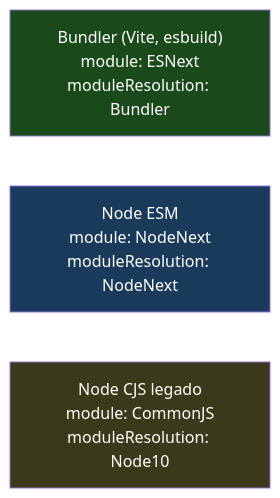
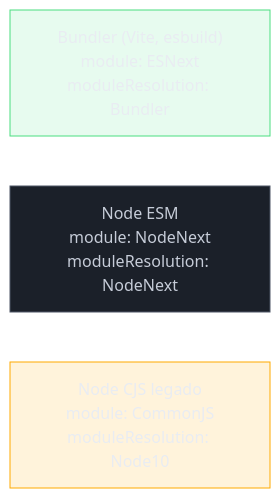
One commit to josenaldo/codex-technomanticus changed the fifth of 5 diagrams in 03-Dominios/Tecnologia/TypeScript/20 - tsconfig e strict mode a fundo.md. Above: the diagram before and after it, drawn with Mermaid. The commit also changed other lines of this file and 1181 other files, not shown here.

First line of the commit message:
fix(diagramas): paleta do sistema no lugar de cor cravada no markdown

````diff
--- a/03-Dominios/Tecnologia/TypeScript/20 - tsconfig e strict mode a fundo.md
+++ b/03-Dominios/Tecnologia/TypeScript/20 - tsconfig e strict mode a fundo.md
@@ -467,10 +469,13 @@
 ```mermaid
 graph LR
+    classDef ok fill:#4ADE8021,stroke:#4ADE80,color:#E9ECF2
+    classDef neutro fill:#1B2029,stroke:#4E5666,color:#C6CCD8
+    classDef destaque fill:#FFAA0024,stroke:#FFAA00,color:#E9ECF2
     C1["Bundler (Vite, esbuild)\nmodule: ESNext\nmoduleResolution: Bundler"]
     C2["Node ESM\nmodule: NodeNext\nmoduleResolution: NodeNext"]
     C3["Node CJS legado\nmodule: CommonJS\nmoduleResolution: Node10"]
 
-    style C1 fill:#1a4a1a,color:#fff
-    style C2 fill:#1a3a5c,color:#fff
-    style C3 fill:#3a3a1a,color:#fff
+    class C1 ok
+    class C2 neutro
+    class C3 destaque
 ```
````
